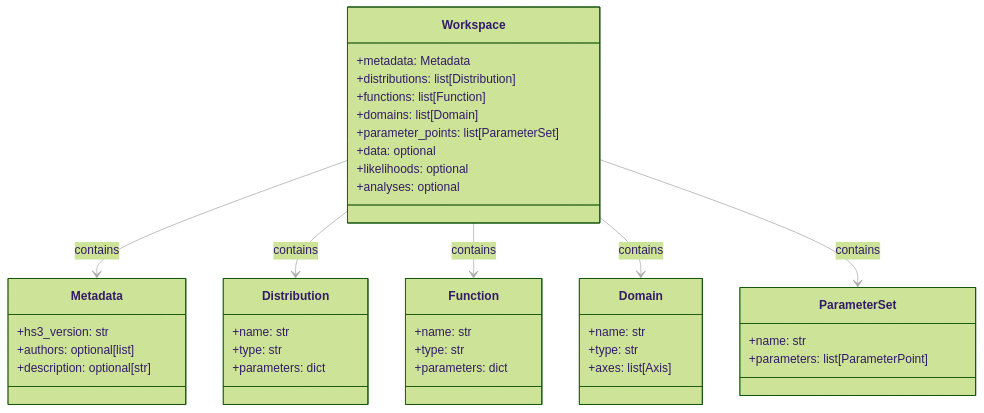
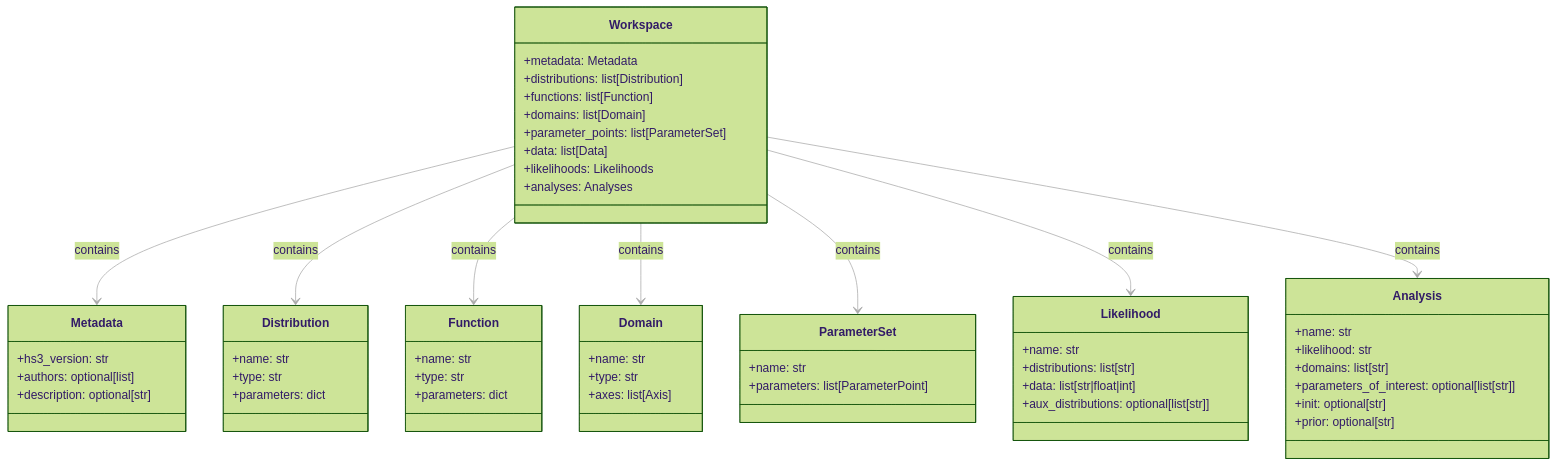
One commit to scipp-atlas/pyhs3 changed the diagram in docs/workspace.rst. Above: the diagram before and after it, drawn with Mermaid. The commit also changed other lines of this file and 2 other files, not shown here.

```diff
--- a/docs/workspace.rst
+++ b/docs/workspace.rst
@@ -147,59 +154,77 @@
 .. mermaid::
    :config: {"theme": "forest", "darkMode": "true"}
 
    %%{
      init: {
        'theme': 'forest',
        'themeVariables': {
          'primaryColor': '#fefefe',
          'lineColor': '#aaa'
        }
      }
    }%%
 
    classDiagram
        class Workspace {
            +metadata: Metadata
            +distributions: list[Distribution]
            +functions: list[Function]
            +domains: list[Domain]
            +parameter_points: list[ParameterSet]
-           +data: optional
-           +likelihoods: optional
-           +analyses: optional
+           +data: list[Data]
+           +likelihoods: Likelihoods
+           +analyses: Analyses
        }
 
        class Metadata {
            +hs3_version: str
            +authors: optional[list]
            +description: optional[str]
        }
 
        class Distribution {
            +name: str
            +type: str
            +parameters: dict
        }
 
        class Function {
            +name: str
            +type: str
            +parameters: dict
        }
 
        class Domain {
            +name: str
            +type: str
            +axes: list[Axis]
        }
 
        class ParameterSet {
            +name: str
            +parameters: list[ParameterPoint]
        }
 
+       class Likelihood {
+           +name: str
+           +distributions: list[str]
+           +data: list[str|float|int]
+           +aux_distributions: optional[list[str]]
+       }
+
+       class Analysis {
+           +name: str
+           +likelihood: str
+           +domains: list[str]
+           +parameters_of_interest: optional[list[str]]
+           +init: optional[str]
+           +prior: optional[str]
+       }
+
        Workspace --> Metadata : contains
        Workspace --> Distribution : contains
        Workspace --> Function : contains
        Workspace --> Domain : contains
        Workspace --> ParameterSet : contains
+       Workspace --> Likelihood : contains
+       Workspace --> Analysis : contains
```
